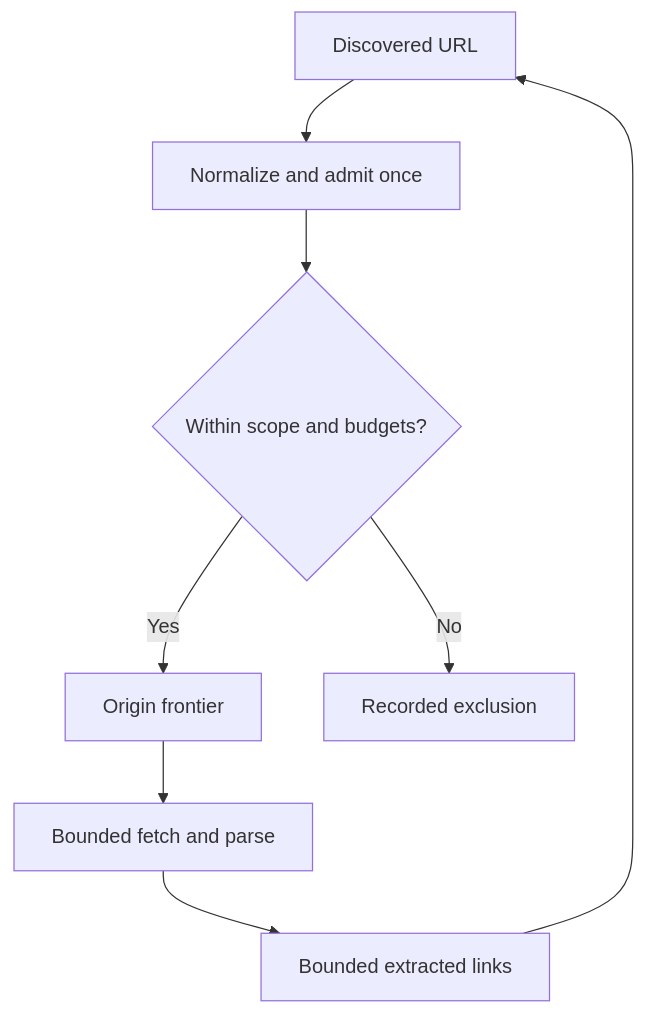
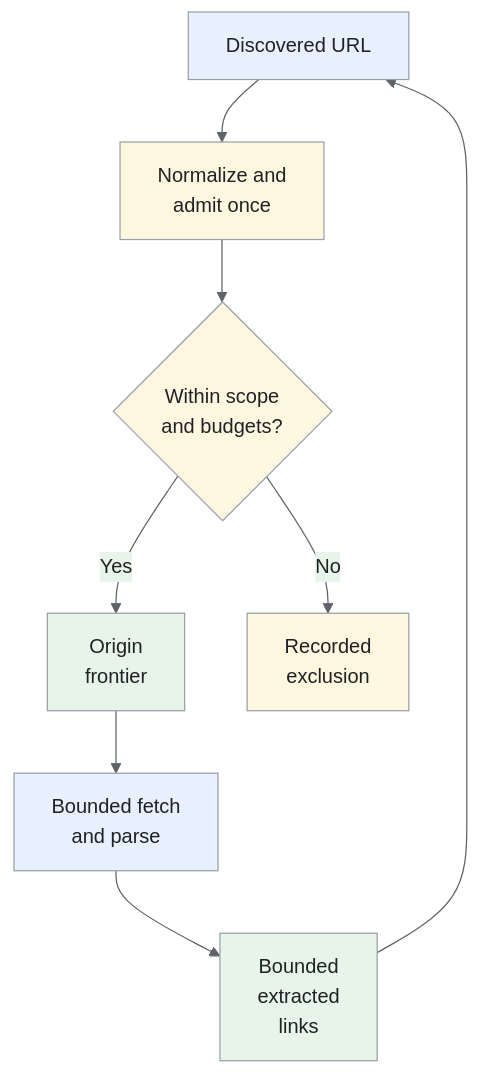
One commit to iliazlobin/iliazlobin.github.io changed the sixth of 6 diagrams in _designs/system-design-web-crawler.md. Above: the diagram before and after it, drawn with Mermaid. The commit also changed other lines of this file and 131 other files, not shown here.

````diff
--- a/_designs/system-design-web-crawler.md
+++ b/_designs/system-design-web-crawler.md
@@ -263,10 +371,18 @@
 ```mermaid
+%%{init: {"theme":"base","themeVariables":{"primaryColor":"#e8f0fe","primaryBorderColor":"#9aa0a6","primaryTextColor":"#202124","secondaryColor":"#e6f4ea","tertiaryColor":"#fef7e0","lineColor":"#5f6368","actorBkg":"#e8f0fe","actorBorder":"#9aa0a6","actorTextColor":"#202124","noteBkgColor":"#fef7e0","noteBorderColor":"#9aa0a6","noteTextColor":"#202124","signalColor":"#5f6368","signalTextColor":"#202124"}}}%%
 flowchart TB
-  U["Discovered URL"] --> N["Normalize and admit once"]
-  N --> B{"Within scope and budgets?"}
-  B -->|"Yes"| Q["Origin frontier"]
-  B -->|"No"| X["Recorded exclusion"]
-  Q --> F["Bounded fetch and parse"]
-  F --> L["Bounded extracted links"]
+  U["Discovered URL"] --> N["Normalize and<br>admit once"]
+  N --> B{"Within scope<br>and budgets?"}
+  B -->|"Yes"| Q["Origin<br>frontier"]
+  B -->|"No"| X["Recorded<br>exclusion"]
+  Q --> F["Bounded fetch<br>and parse"]
+  F --> L["Bounded<br>extracted<br>links"]
   L --> U
+classDef request fill:#e8f0fe,stroke:#9aa0a6,color:#202124;
+classDef data fill:#e6f4ea,stroke:#9aa0a6,color:#202124;
+classDef control fill:#fef7e0,stroke:#9aa0a6,color:#202124;
+class U,F request;
+class Q,L data;
+class N,B,X control;
+
 ```
````
